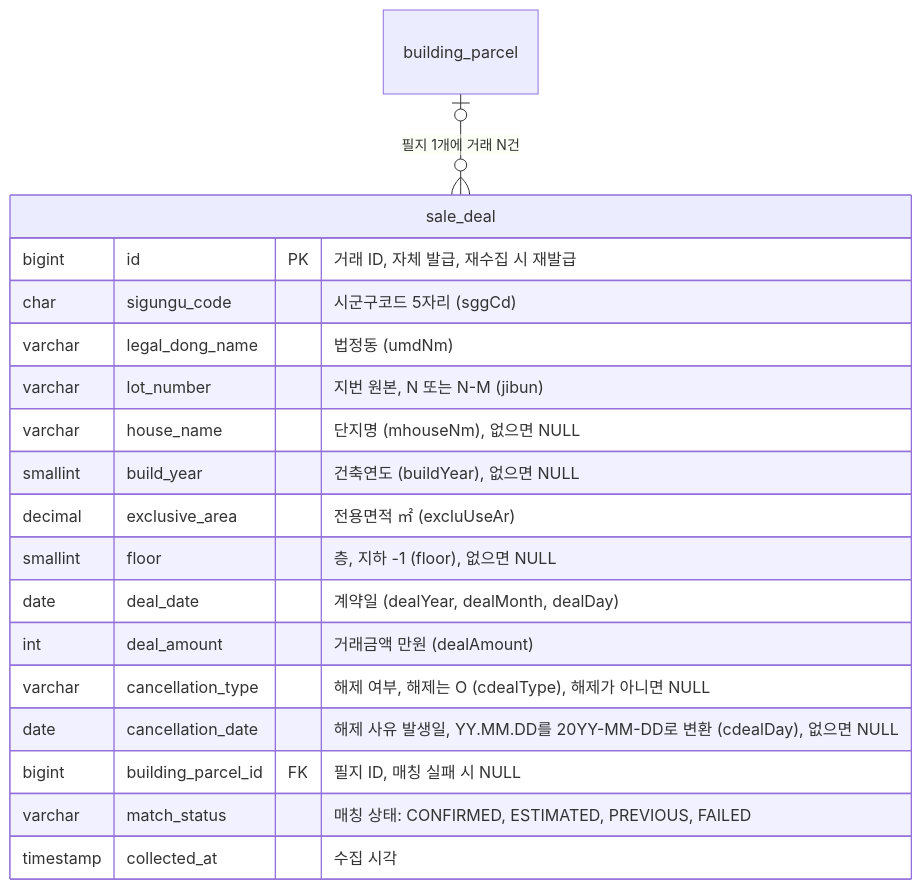
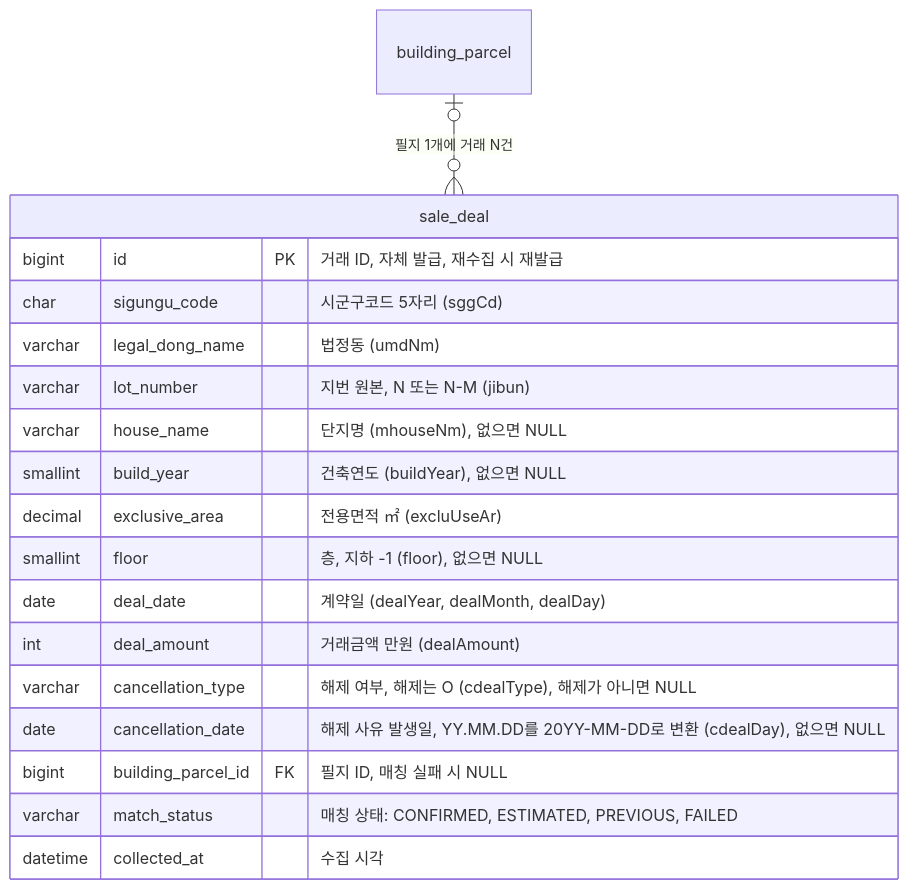
Before and after one commit to f-lab-edu/jipsee: the seventh of 8 diagrams in docs/erd.md, drawn with Mermaid. The commit also changed other lines of this file and 1 other file, not shown here.

Commit message:
docs: 시각 컬럼 DATETIME 전환, 원본 보존 문구 정정, 사용승인일 없는 경우 연도 대조 생략

````diff
--- a/docs/erd.md
+++ b/docs/erd.md
@@ -170,21 +170,21 @@
 ```mermaid
 erDiagram
     building_parcel |o--o{ sale_deal : "필지 1개에 거래 N건"
     sale_deal {
         bigint id PK "거래 ID, 자체 발급, 재수집 시 재발급"
         char sigungu_code "시군구코드 5자리 (sggCd)"
         varchar legal_dong_name "법정동 (umdNm)"
         varchar lot_number "지번 원본, N 또는 N-M (jibun)"
         varchar house_name "단지명 (mhouseNm), 없으면 NULL"
         smallint build_year "건축연도 (buildYear), 없으면 NULL"
         decimal exclusive_area "전용면적 ㎡ (excluUseAr)"
         smallint floor "층, 지하 -1 (floor), 없으면 NULL"
         date deal_date "계약일 (dealYear, dealMonth, dealDay)"
         int deal_amount "거래금액 만원 (dealAmount)"
         varchar cancellation_type "해제 여부, 해제는 O (cdealType), 해제가 아니면 NULL"
         date cancellation_date "해제 사유 발생일, YY.MM.DD를 20YY-MM-DD로 변환 (cdealDay), 없으면 NULL"
         bigint building_parcel_id FK "필지 ID, 매칭 실패 시 NULL"
         varchar match_status "매칭 상태: CONFIRMED, ESTIMATED, PREVIOUS, FAILED"
-        timestamp collected_at "수집 시각"
+        datetime collected_at "수집 시각"
     }
 ```
````
